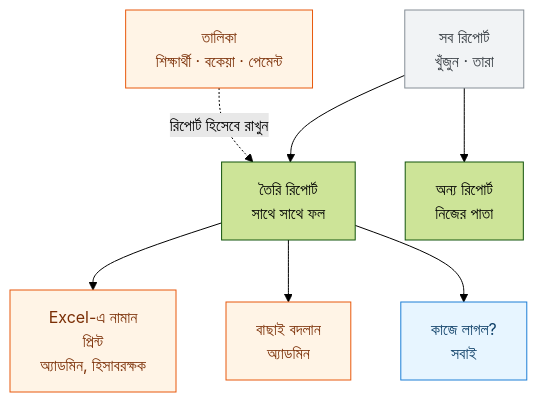
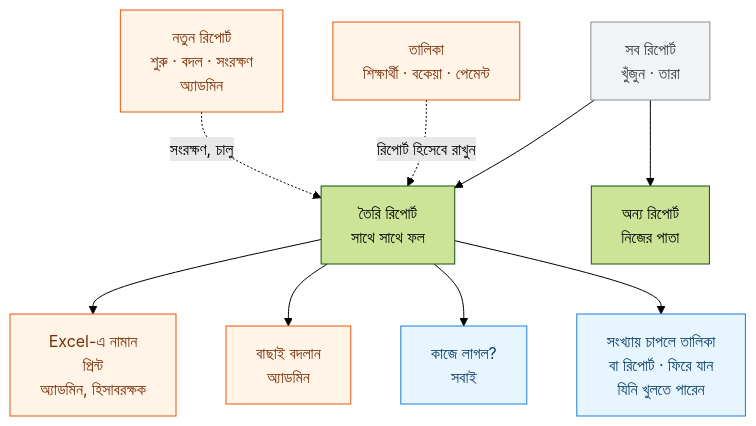
One commit to tareq89/biddaloy changed the diagram in docs/user-guide/_diagrams/reports-hub-overview.bn.mmd. Above: the diagram before and after it, drawn with Mermaid (forest theme). The commit also changed 44 other files, not shown here.

```diff
--- a/docs/user-guide/_diagrams/reports-hub-overview.bn.mmd
+++ b/docs/user-guide/_diagrams/reports-hub-overview.bn.mmd
@@ -1,12 +1,14 @@
 %% title: সব রিপোর্ট থেকে কে কী করতে পারেন
-%% desc: সব রিপোর্ট পাতা থেকে তৈরি রিপোর্ট বা অন্য রিপোর্ট খোলা যায়। ফল আসার পরে Excel-এ নামান ও প্রিন্ট অ্যাডমিন ও হিসাবরক্ষকের, বাছাই বদলানো অ্যাডমিনের, আর কাজে লাগল কি না জানানো সবার। শিক্ষার্থী, বকেয়া বা পেমেন্টের তালিকা থেকে অ্যাডমিন রিপোর্ট হিসেবে রাখতে পারেন, আর তা তৈরি রিপোর্টে আসে।
+%% desc: সব রিপোর্ট পাতা থেকে তৈরি রিপোর্ট বা অন্য রিপোর্ট খোলা যায়। ফল আসার পরে Excel-এ নামান ও প্রিন্ট অ্যাডমিন ও হিসাবরক্ষকের, বাছাই বদলানো অ্যাডমিনের, আর কাজে লাগল কি না জানানো সবার। শিক্ষার্থী, বকেয়া বা পেমেন্টের তালিকা থেকে অ্যাডমিন রিপোর্ট হিসেবে রাখতে পারেন, আর ডিজাইনারে নতুন রিপোর্টও বানাতে পারেন; দুটোই তৈরি রিপোর্টে আসে। রিপোর্টের সংখ্যায় চাপলে তালিকা বা অন্য রিপোর্ট খোলে, আর ফিরে যান চাপলে ফেরা যায়।
 flowchart TD
   H["সব রিপোর্ট<br/>খুঁজুন · তারা"]:::note --> D["তৈরি রিপোর্ট<br/>সাথে সাথে ফল"]
   H --> C["অন্য রিপোর্ট<br/>নিজের পাতা"]
   D --> X["Excel-এ নামান<br/>প্রিন্ট<br/>অ্যাডমিন, হিসাবরক্ষক"]:::admin
   D --> Q["বাছাই বদলান<br/>অ্যাডমিন"]:::admin
   D --> F["কাজে লাগল?<br/>সবাই"]:::viewer
+  D --> G["সংখ্যায় চাপলে তালিকা<br/>বা রিপোর্ট · ফিরে যান<br/>যিনি খুলতে পারেন"]:::viewer
   L["তালিকা<br/>শিক্ষার্থী · বকেয়া · পেমেন্ট"]:::admin -.->|"রিপোর্ট হিসেবে রাখুন"| D
+  N["নতুন রিপোর্ট<br/>শুরু · বদল · সংরক্ষণ<br/>অ্যাডমিন"]:::admin -.->|"সংরক্ষণ, চালু"| D
   classDef admin fill:#fff4e6,stroke:#e8590c,color:#7a2e05
   classDef viewer fill:#e7f5ff,stroke:#1c7ed6,color:#0b3d66
   classDef note fill:#f1f3f5,stroke:#868e96,color:#343a40
```
